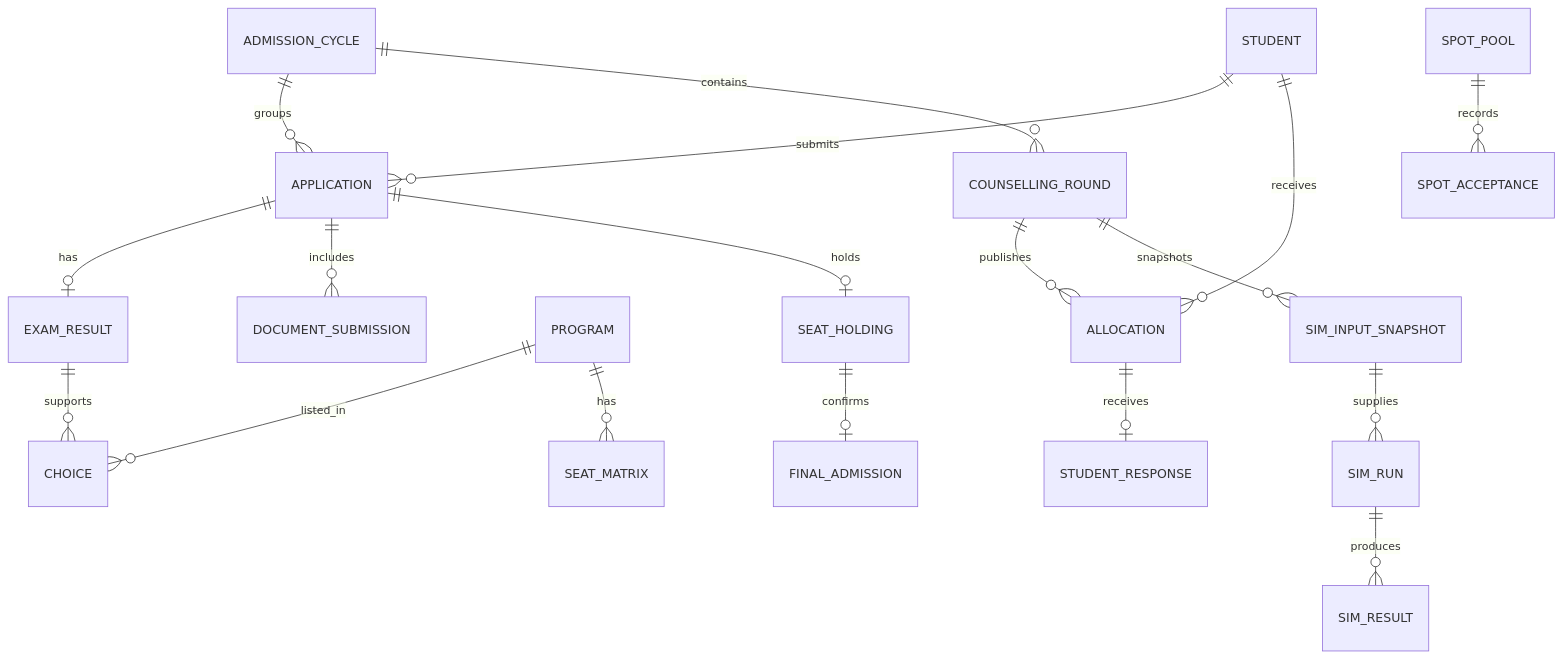
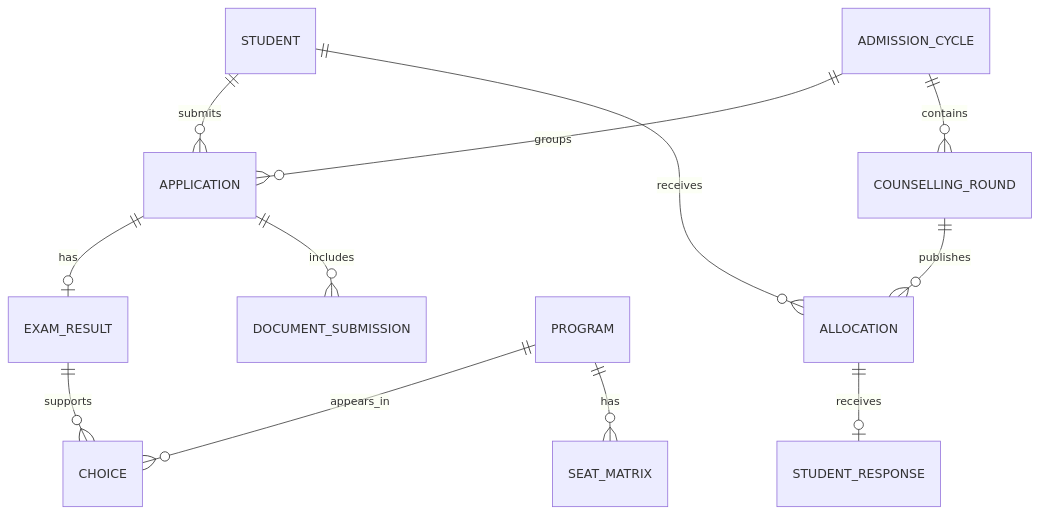
One commit to Gurkirat164/college-admission-management-system changed the third of 9 diagrams in PROJECT_REPORT.md. Above: the diagram before and after it, drawn with Mermaid. The commit also changed other lines of this file and 5 other files, not shown here.

````diff
--- a/PROJECT_REPORT.md
+++ b/PROJECT_REPORT.md
@@ -202,20 +117,14 @@
 ```mermaid
 erDiagram
     STUDENT ||--o{ APPLICATION : submits
     ADMISSION_CYCLE ||--o{ APPLICATION : groups
     APPLICATION ||--o| EXAM_RESULT : has
     APPLICATION ||--o{ DOCUMENT_SUBMISSION : includes
     EXAM_RESULT ||--o{ CHOICE : supports
-    PROGRAM ||--o{ CHOICE : listed_in
+    PROGRAM ||--o{ CHOICE : appears_in
     PROGRAM ||--o{ SEAT_MATRIX : has
     ADMISSION_CYCLE ||--o{ COUNSELLING_ROUND : contains
     COUNSELLING_ROUND ||--o{ ALLOCATION : publishes
     STUDENT ||--o{ ALLOCATION : receives
     ALLOCATION ||--o| STUDENT_RESPONSE : receives
-    COUNSELLING_ROUND ||--o{ SIM_INPUT_SNAPSHOT : snapshots
-    SIM_INPUT_SNAPSHOT ||--o{ SIM_RUN : supplies
-    SIM_RUN ||--o{ SIM_RESULT : produces
-    APPLICATION ||--o| SEAT_HOLDING : holds
-    SEAT_HOLDING ||--o| FINAL_ADMISSION : confirms
-    SPOT_POOL ||--o{ SPOT_ACCEPTANCE : records
 ```
````
